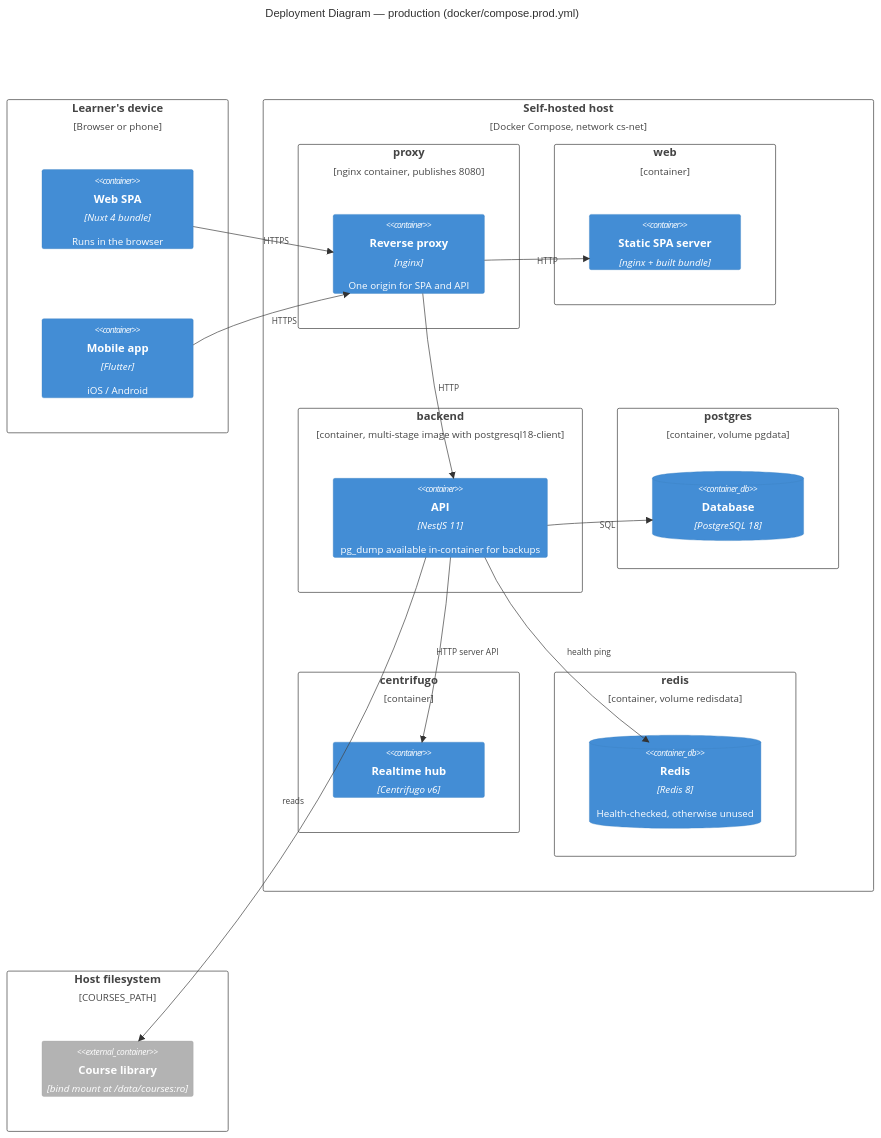
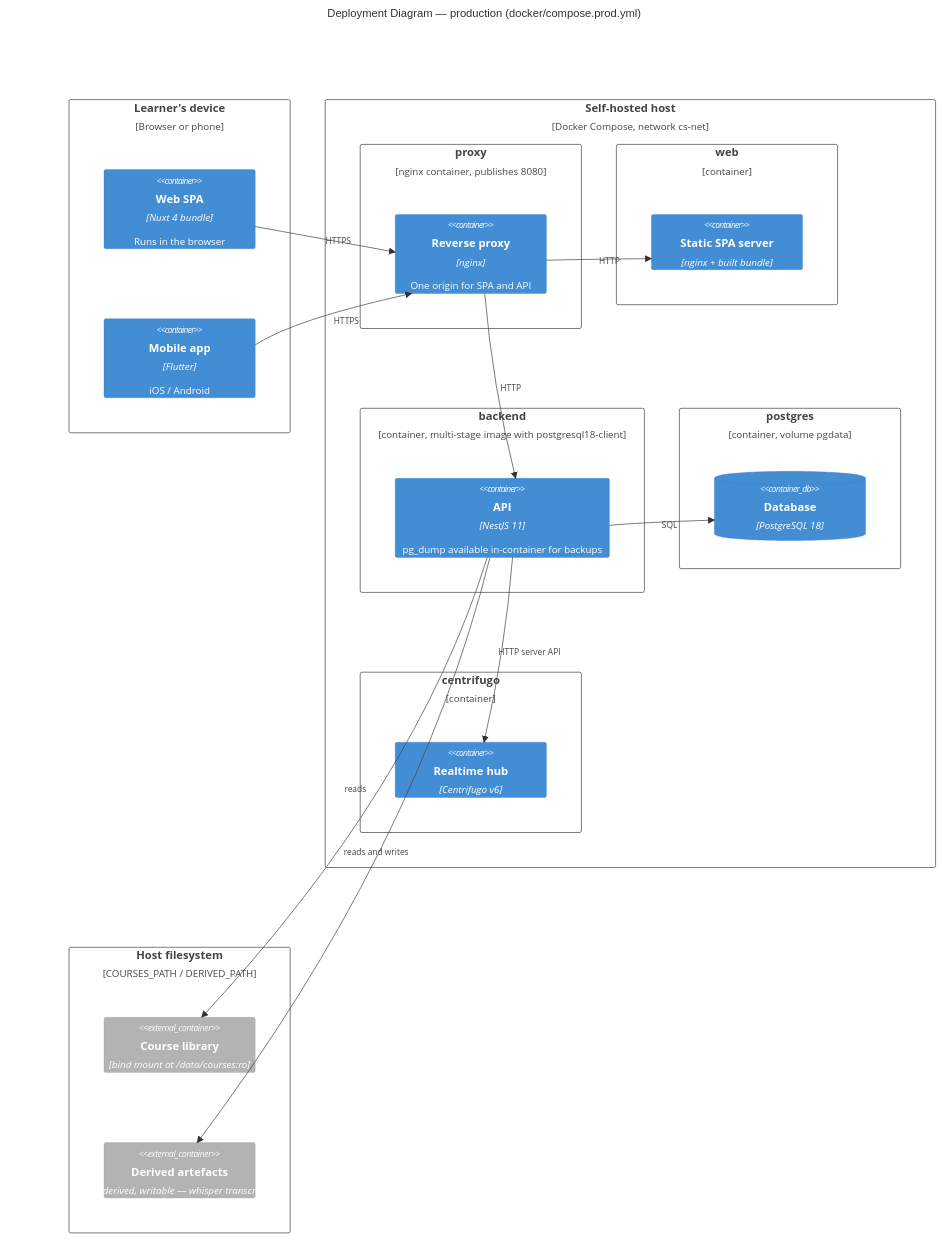
One commit to kkucherenkov/course_shelf changed the fifth of 5 diagrams in docs/architecture.md. Above: the diagram before and after it, drawn with Mermaid. The commit also changed other lines of this file and 7 other files, not shown here.

First line of the commit message:
docs: drop Redis, document derived-artefact volume and transcription

````diff
--- a/docs/architecture.md
+++ b/docs/architecture.md
@@ -702,45 +701,43 @@
 ```mermaid
 C4Deployment
   title Deployment Diagram — production (docker/compose.prod.yml)
 
   Deployment_Node(device, "Learner's device", "Browser or phone") {
     Container(spa, "Web SPA", "Nuxt 4 bundle", "Runs in the browser")
     Container(mobile, "Mobile app", "Flutter", "iOS / Android")
   }
 
   Deployment_Node(host, "Self-hosted host", "Docker Compose, network cs-net") {
     Deployment_Node(edge, "proxy", "nginx container, publishes 8080") {
       Container(proxyc, "Reverse proxy", "nginx", "One origin for SPA and API")
     }
     Deployment_Node(webn, "web", "container") {
       Container(webc, "Static SPA server", "nginx + built bundle", "")
     }
     Deployment_Node(apin, "backend", "container, multi-stage image with postgresql18-client") {
       Container(apic, "API", "NestJS 11", "pg_dump available in-container for backups")
     }
     Deployment_Node(dbn, "postgres", "container, volume pgdata") {
       ContainerDb(pg, "Database", "PostgreSQL 18", "")
     }
     Deployment_Node(rtn, "centrifugo", "container") {
       Container(cent, "Realtime hub", "Centrifugo v6", "")
     }
-    Deployment_Node(rdn, "redis", "container, volume redisdata") {
-      ContainerDb(rd, "Redis", "Redis 8", "Health-checked, otherwise unused")
-    }
   }
 
-  Deployment_Node(disk, "Host filesystem", "COURSES_PATH") {
+  Deployment_Node(disk, "Host filesystem", "COURSES_PATH / DERIVED_PATH") {
     Container_Ext(media, "Course library", "bind mount at /data/courses:ro", "")
+    Container_Ext(derived, "Derived artefacts", "bind mount at /data/derived, writable — whisper transcripts, scan thumbnails", "")
   }
 
   Rel(spa, proxyc, "HTTPS")
   Rel(mobile, proxyc, "HTTPS")
   Rel(proxyc, webc, "HTTP")
   Rel(proxyc, apic, "HTTP")
   Rel(apic, pg, "SQL")
   Rel(apic, cent, "HTTP server API")
-  Rel(apic, rd, "health ping")
   Rel(apic, media, "reads")
+  Rel(apic, derived, "reads and writes")
 
   UpdateLayoutConfig($c4ShapeInRow="2", $c4BoundaryInRow="2")
 ```
````
